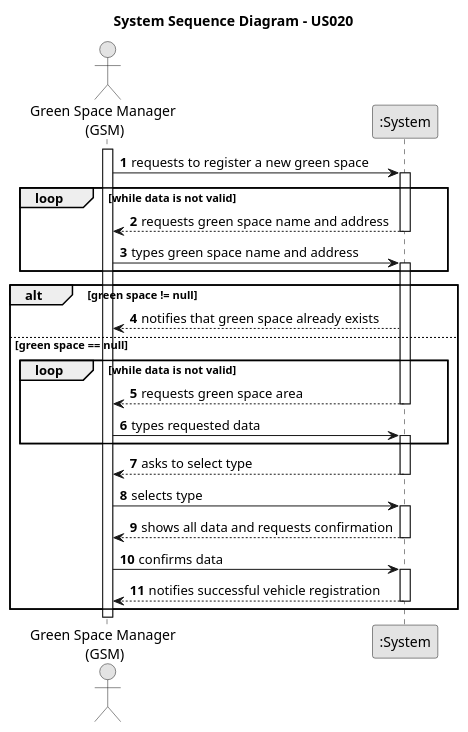
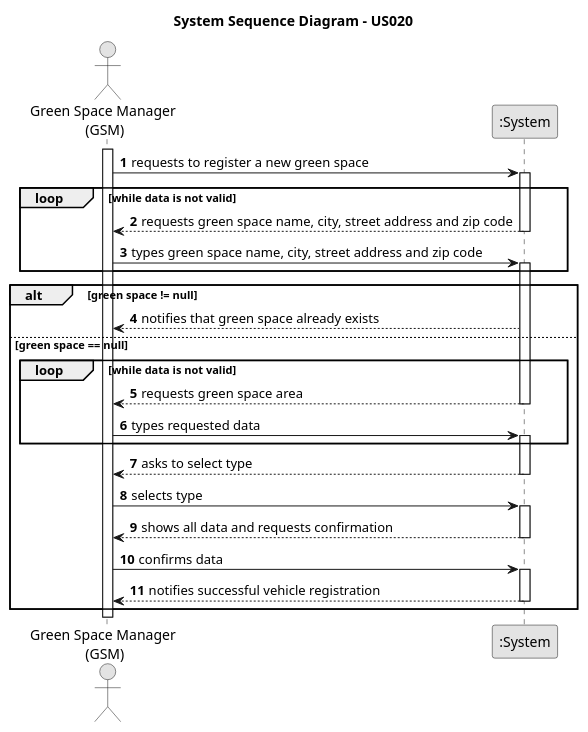
Before and after one commit to RicardoMorim/lapr2-ISEP-Project: the diagram in docs/sprintC/us020/01.requirements-engineering/puml/us020-alternative-one.puml, drawn with PlantUML. The commit also changed 5 other files, not shown here.

```diff
--- a/docs/sprintC/us020/01.requirements-engineering/puml/us020-alternative-one.puml
+++ b/docs/sprintC/us020/01.requirements-engineering/puml/us020-alternative-one.puml
@@ -1,46 +1,46 @@
 @startuml
 skinparam monochrome true
 skinparam packageStyle rectangle
 skinparam shadowing false
 
 title System Sequence Diagram - US020
 
 autonumber
 
 actor "Green Space Manager \n(GSM)" as GRM
 participant ":System" as System
 
 activate GRM
 
 GRM -> System : requests to register a new green space
 activate System
 loop while data is not valid
-System --> GRM : requests green space name and address
+System --> GRM : requests green space name, city, street address and zip code
 deactivate System
-GRM -> System : types green space name and address
+GRM -> System : types green space name, city, street address and zip code
 activate System
 end
 alt green space != null
     System --> GRM : notifies that green space already exists
     else green space == null
     loop while data is not valid
     System --> GRM : requests green space area
 
 deactivate System
     GRM -> System : types requested data
     activate System
     end
 
     System --> GRM : asks to select type
     deactivate System
     GRM -> System : selects type
     activate System
     System --> GRM : shows all data and requests confirmation
     deactivate System
 deactivate System
     GRM -> System : confirms data
     activate System
     System --> GRM: notifies successful vehicle registration
 deactivate System
 end
 @enduml
```
